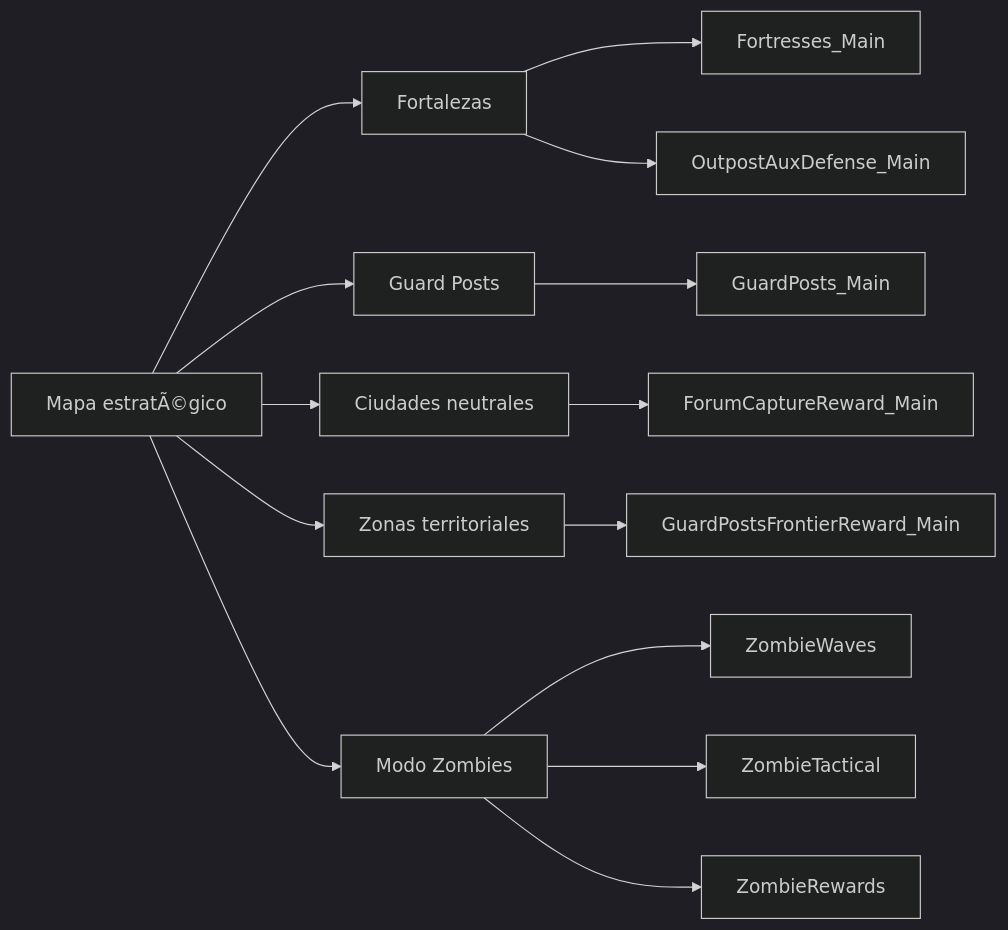
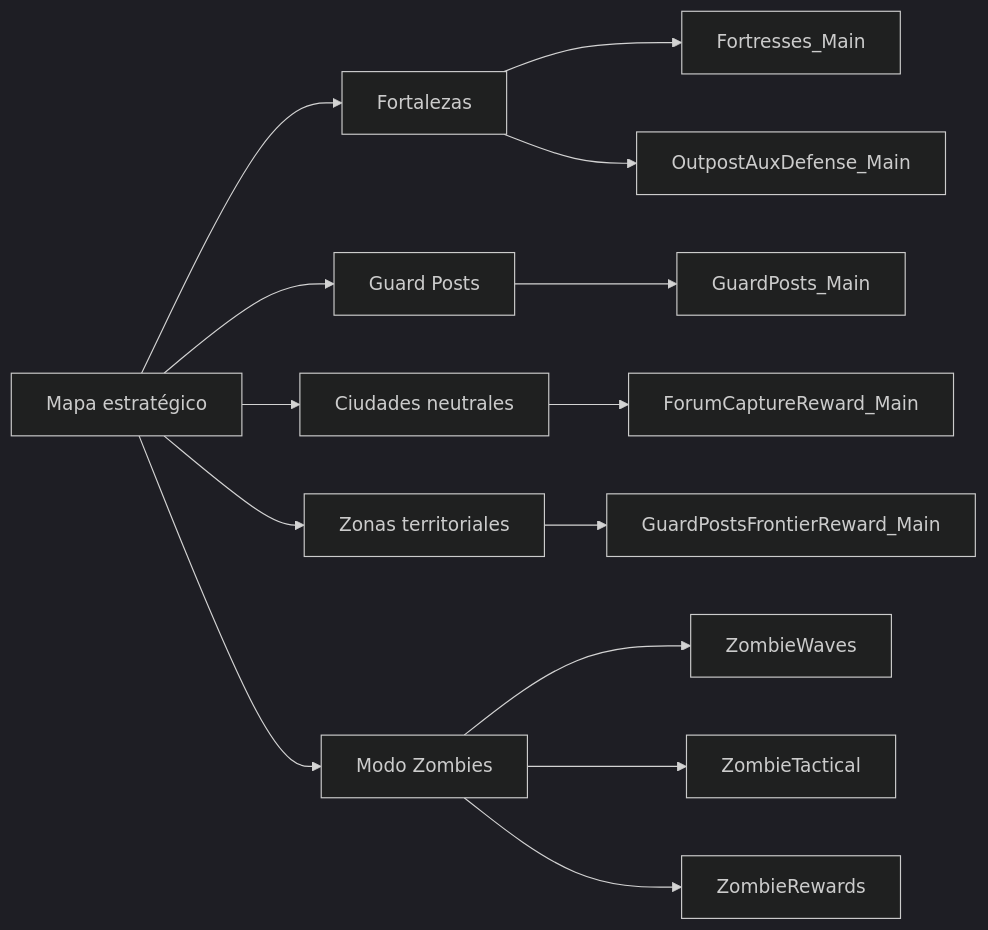
One commit to CarlosTorresCid/Imperivm-III- changed the second of 2 diagrams in README.md. Above: the diagram before and after it, drawn with Mermaid (dark theme). The commit also changed other lines of this file, not shown here.

````diff
--- a/README.md
+++ b/README.md
@@ -451,23 +451,23 @@
 ```mermaid
 flowchart LR
-    MAPA[Mapa estratÃ©gico]
+    MAPA[Mapa estratégico]
 
     MAPA --> FORT[Fortalezas]
     MAPA --> GP[Guard Posts]
     MAPA --> FORUM[Ciudades neutrales]
     MAPA --> ZONE[Zonas territoriales]
     MAPA --> ZOMBIE[Modo Zombies]
 
     FORT --> FMAIN[Fortresses_Main]
     FORT --> AUX[OutpostAuxDefense_Main]
 
     GP --> GPMAIN[GuardPosts_Main]
 
     FORUM --> FCR[ForumCaptureReward_Main]
 
     ZONE --> GFR[GuardPostsFrontierReward_Main]
 
     ZOMBIE --> ZW[ZombieWaves]
     ZOMBIE --> ZT[ZombieTactical]
     ZOMBIE --> ZR[ZombieRewards]
 ```
````
